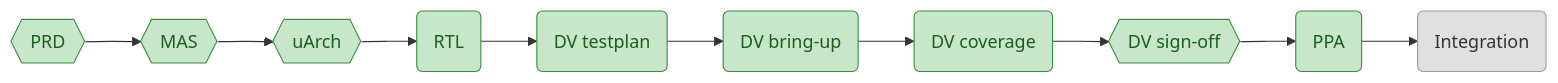
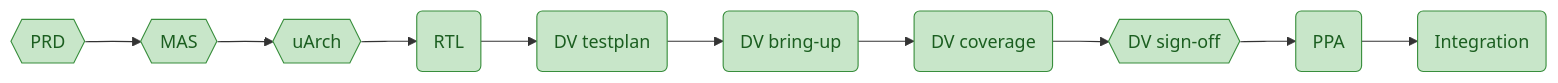
Before and after one commit to matanco64/HWSW_Project: the first of 3 diagrams in hw/PROGRESS.md, drawn with Mermaid. The commit also changed other lines of this file and 5 other files, not shown here.

First line of the commit message:
hw: grape integration done — driver model (0 regmap diffs, 4/4 driver tests), cycle-accurate speedup vs nbody baseline (3.8-4.5x @50MHz target, ~1x @ achievable 11.15 MHz), §7 rubric mapped

````diff
--- a/hw/PROGRESS.md
+++ b/hw/PROGRESS.md
@@ -10,21 +10,20 @@
 ```mermaid
 flowchart LR
     prd{{PRD}}
     mas{{MAS}}
     uarch{{uArch}}
     rtl(RTL)
     dv_testplan(DV testplan)
     dv_bringup(DV bring-up)
     dv_coverage(DV coverage)
     dv_signoff{{DV sign-off}}
     ppa(PPA)
     integration(Integration)
     prd --> mas --> uarch --> rtl --> dv_testplan --> dv_bringup --> dv_coverage --> dv_signoff --> ppa --> integration
     classDef todo fill:#e0e0e0,stroke:#9e9e9e,color:#333
     classDef in_progress fill:#bbdefb,stroke:#1976d2,color:#0d47a1
     classDef review fill:#ffe0b2,stroke:#f57c00,color:#e65100
     classDef done fill:#c8e6c9,stroke:#388e3c,color:#1b5e20
     classDef blocked fill:#ffcdd2,stroke:#d32f2f,color:#b71c1c
-    class integration todo
-    class prd,mas,uarch,rtl,dv_testplan,dv_bringup,dv_coverage,dv_signoff,ppa done
+    class prd,mas,uarch,rtl,dv_testplan,dv_bringup,dv_coverage,dv_signoff,ppa,integration done
 ```
````
